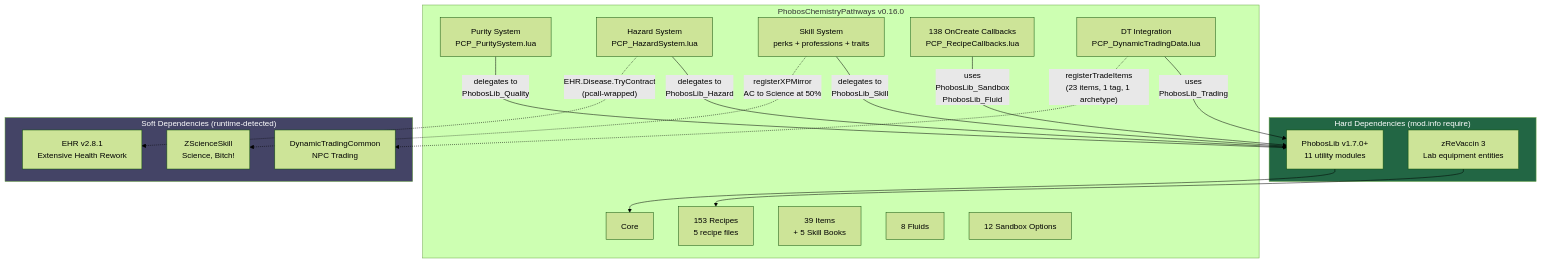
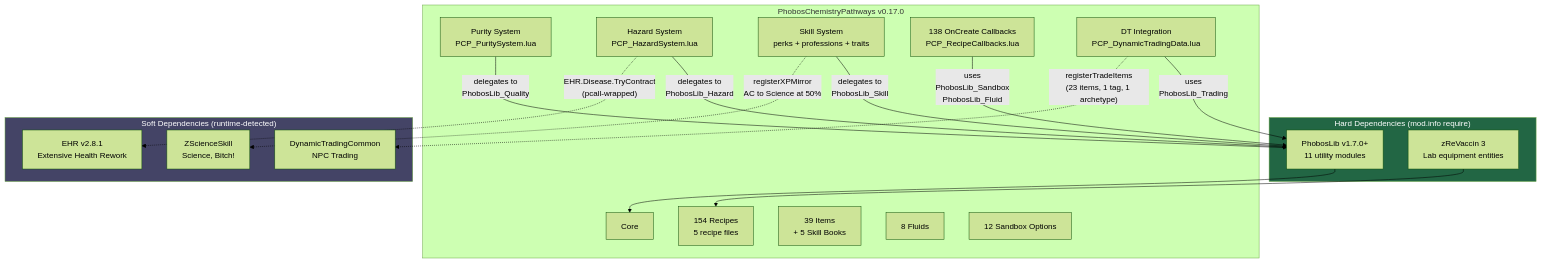
One commit to phobos-dthorga/mod-pz-chemistry-pathways changed the first of 5 diagrams in docs/diagrams/architecture.md. Above: the diagram before and after it, drawn with Mermaid (forest theme). The commit also changed 16 other files, not shown here.

````diff
--- a/docs/diagrams/architecture.md
+++ b/docs/diagrams/architecture.md
@@ -7,42 +7,42 @@
 ```mermaid
 graph TB
     subgraph HARD["Hard Dependencies (mod.info require)"]
         PL["PhobosLib v1.7.0+<br/>11 utility modules"]
         ZR["zReVaccin 3<br/>Lab equipment entities"]
     end
 
-    subgraph PCP["PhobosChemistryPathways v0.16.0"]
+    subgraph PCP["PhobosChemistryPathways v0.17.0"]
         CORE["Core"]
-        REC["153 Recipes<br/>5 recipe files"]
+        REC["154 Recipes<br/>5 recipe files"]
         ITEMS["39 Items<br/>+ 5 Skill Books"]
         FLUIDS["8 Fluids"]
         SB["12 Sandbox Options"]
         PURITY["Purity System<br/>PCP_PuritySystem.lua"]
         HAZARD["Hazard System<br/>PCP_HazardSystem.lua"]
         SKILL["Skill System<br/>perks + professions + traits"]
         CALLBACKS["138 OnCreate Callbacks<br/>PCP_RecipeCallbacks.lua"]
         TRADING["DT Integration<br/>PCP_DynamicTradingData.lua"]
     end
 
     subgraph SOFT["Soft Dependencies (runtime-detected)"]
         ZSS["ZScienceSkill<br/>Science, Bitch!"]
         EHR["EHR v2.8.1<br/>Extensive Health Rework"]
         DT["DynamicTradingCommon<br/>NPC Trading"]
     end
 
     PL --> CORE
     ZR --> REC
 
     PURITY -->|"delegates to<br/>PhobosLib_Quality"| PL
     HAZARD -->|"delegates to<br/>PhobosLib_Hazard"| PL
     SKILL -->|"delegates to<br/>PhobosLib_Skill"| PL
     CALLBACKS -->|"uses<br/>PhobosLib_Sandbox<br/>PhobosLib_Fluid"| PL
     TRADING -->|"uses<br/>PhobosLib_Trading"| PL
 
     HAZARD -.->|"EHR.Disease.TryContract<br/>(pcall-wrapped)"| EHR
     SKILL -.->|"registerXPMirror<br/>AC to Science at 50%"| ZSS
     TRADING -.->|"registerTradeItems<br/>(23 items, 1 tag, 1 archetype)"| DT
 
     style HARD fill:#264,color:#fff
     style SOFT fill:#446,color:#fff
 ```
````
